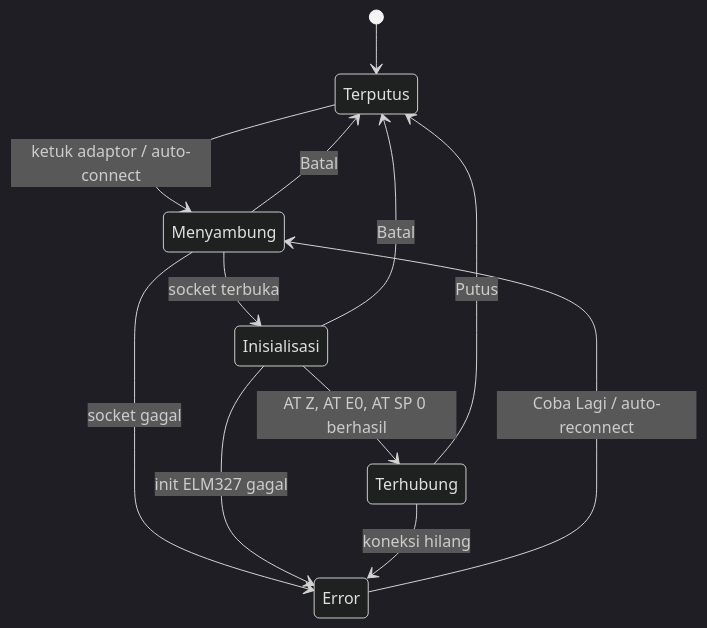
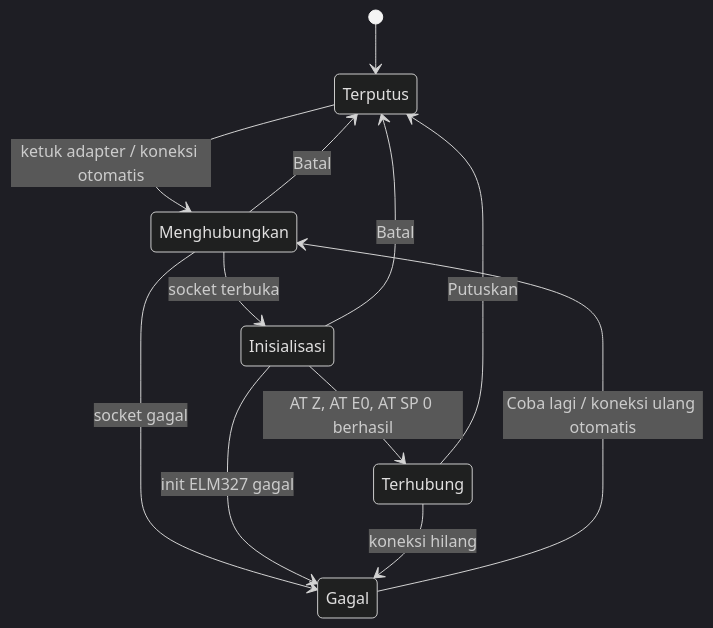
One commit to RulyOctareza/OBD-Scanner changed the fourth of 9 diagrams in docs/alur-kerja.md. Above: the diagram before and after it, drawn with Mermaid (dark theme). The commit also changed other lines of this file and 13 other files, not shown here.

````diff
--- a/docs/alur-kerja.md
+++ b/docs/alur-kerja.md
@@ -121,14 +121,14 @@
 ```mermaid
 stateDiagram-v2
     [*] --> Terputus
-    Terputus --> Menyambung: ketuk adaptor / auto-connect
-    Menyambung --> Inisialisasi: socket terbuka
+    Terputus --> Menghubungkan: ketuk adapter / koneksi otomatis
+    Menghubungkan --> Inisialisasi: socket terbuka
     Inisialisasi --> Terhubung: AT Z, AT E0, AT SP 0 berhasil
-    Menyambung --> Error: socket gagal
-    Inisialisasi --> Error: init ELM327 gagal
-    Menyambung --> Terputus: Batal
+    Menghubungkan --> Gagal: socket gagal
+    Inisialisasi --> Gagal: init ELM327 gagal
+    Menghubungkan --> Terputus: Batal
     Inisialisasi --> Terputus: Batal
-    Terhubung --> Terputus: Putus
-    Terhubung --> Error: koneksi hilang
-    Error --> Menyambung: Coba Lagi / auto-reconnect
+    Terhubung --> Terputus: Putuskan
+    Terhubung --> Gagal: koneksi hilang
+    Gagal --> Menghubungkan: Coba lagi / koneksi ulang otomatis
 ```
````
